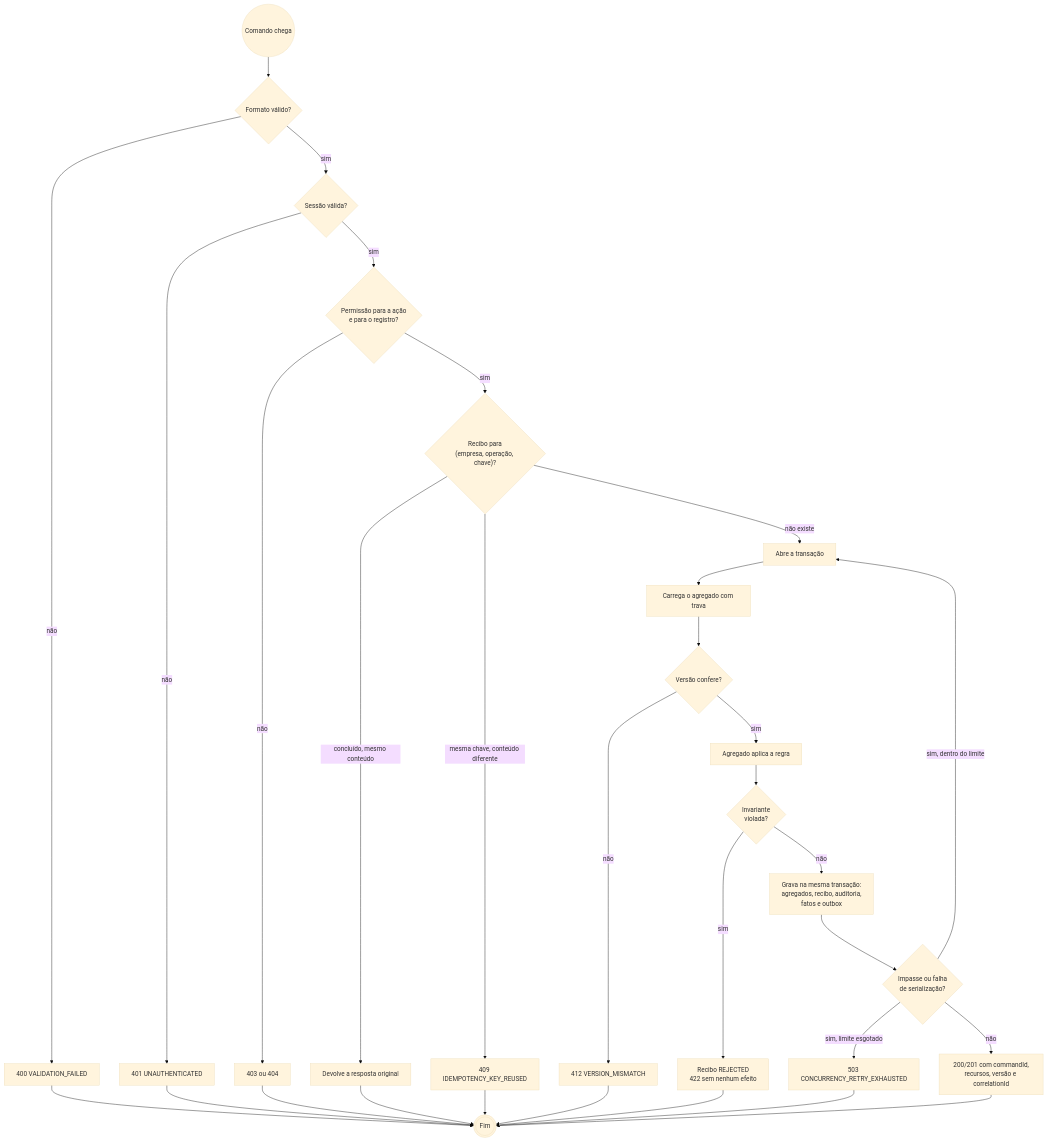
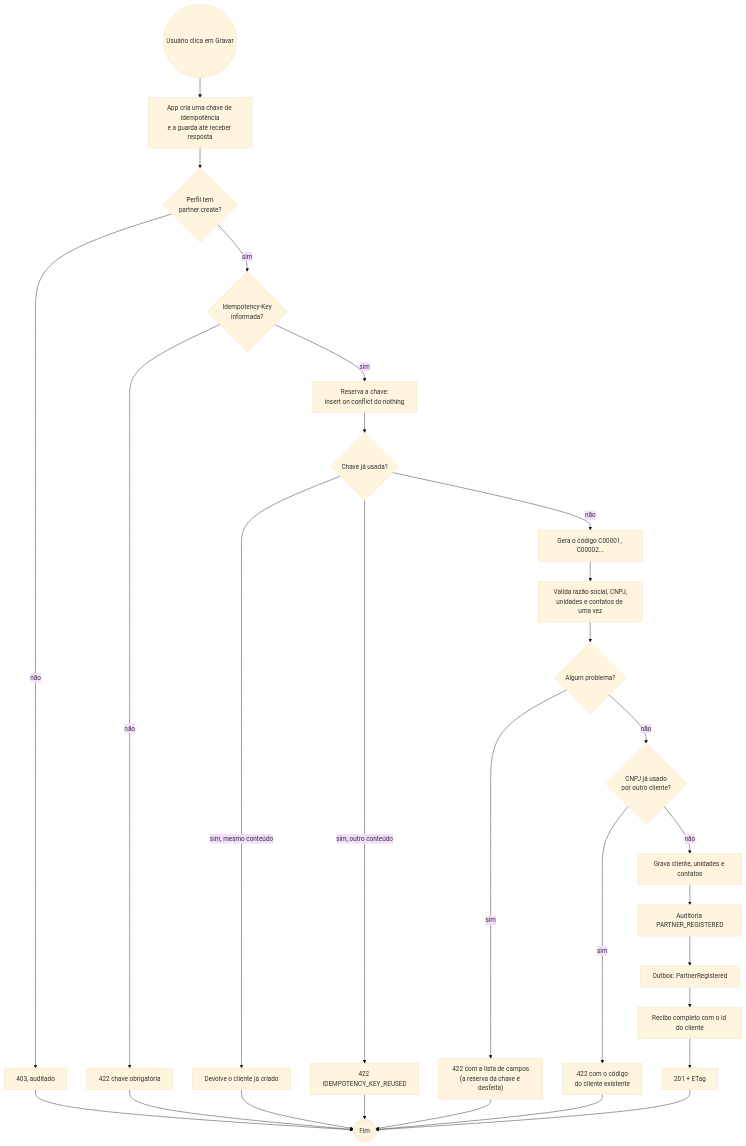
One commit to edsoncorralxxx-ui/ERP changed diagram 11 of 27 in docs/backend/18-diagramas-de-atividades-e-sequencias.md. Above: the diagram before and after it, drawn with Mermaid (base theme). The commit also changed other lines of this file and 8 other files, not shown here.

First line of the commit message:
Diagramas atualizados para a Sprint 2 e diagramas do sistema completo

````diff
--- a/docs/backend/18-diagramas-de-atividades-e-sequencias.md
+++ b/docs/backend/18-diagramas-de-atividades-e-sequencias.md
@@ -171,24 +276,23 @@
 ```mermaid
 flowchart TD
-    A((Comando chega)) --> B{"Formato válido?"}
-    B -- não --> E400["400 VALIDATION_FAILED"] --> Z(((Fim)))
-    B -- sim --> C{"Sessão válida?"}
-    C -- não --> E401["401 UNAUTHENTICATED"] --> Z
-    C -- sim --> D{"Permissão para a ação<br/>e para o registro?"}
-    D -- não --> E403["403 ou 404"] --> Z
-    D -- sim --> R{"Recibo para<br/>(empresa, operação, chave)?"}
-    R -- "concluído, mesmo conteúdo" --> ORIG["Devolve a resposta original"] --> Z
-    R -- "mesma chave, conteúdo diferente" --> E409["409 IDEMPOTENCY_KEY_REUSED"] --> Z
-    R -- não existe --> T["Abre a transação"]
-    T --> LK["Carrega o agregado com trava"]
-    LK --> VS{"Versão confere?"}
-    VS -- não --> E412["412 VERSION_MISMATCH"] --> Z
-    VS -- sim --> RG["Agregado aplica a regra"]
-    RG --> INV{"Invariante<br/>violada?"}
-    INV -- sim --> REJ["Recibo REJECTED<br/>422 sem nenhum efeito"] --> Z
-    INV -- não --> GR["Grava na mesma transação:<br/>agregados, recibo, auditoria,<br/>fatos e outbox"]
-    GR --> DL{"Impasse ou falha<br/>de serialização?"}
-    DL -- "sim, dentro do limite" --> T
-    DL -- "sim, limite esgotado" --> E503["503 CONCURRENCY_RETRY_EXHAUSTED"] --> Z
-    DL -- não --> OK["200/201 com commandId,<br/>recursos, versão e correlationId"] --> Z
+    A((Usuário clica em Gravar)) --> K["App cria uma chave de idempotência<br/>e a guarda até receber resposta"]
+    K --> PM{"Perfil tem<br/>partner.create?"}
+    PM -- não --> E403["403, auditado"] --> Z(((Fim)))
+    PM -- sim --> KE{"Idempotency-Key<br/>informada?"}
+    KE -- não --> E422k["422 chave obrigatória"] --> Z
+    KE -- sim --> CL["Reserva a chave:<br/>insert on conflict do nothing"]
+    CL --> JA{"Chave já usada?"}
+    JA -- "sim, mesmo conteúdo" --> MS["Devolve o cliente já criado"] --> Z
+    JA -- "sim, outro conteúdo" --> E422r["422 IDEMPOTENCY_KEY_REUSED"] --> Z
+    JA -- não --> CD["Gera o código C00001, C00002..."]
+    CD --> VL["Valida razão social, CNPJ,<br/>unidades e contatos de uma vez"]
+    VL --> IV{"Algum problema?"}
+    IV -- sim --> E422["422 com a lista de campos<br/>(a reserva da chave é desfeita)"] --> Z
+    IV -- não --> CN{"CNPJ já usado<br/>por outro cliente?"}
+    CN -- sim --> E422c["422 com o código<br/>do cliente existente"] --> Z
+    CN -- não --> INS["Grava cliente, unidades e contatos"]
+    INS --> AU["Auditoria PARTNER_REGISTERED"]
+    AU --> OB["Outbox: PartnerRegistered"]
+    OB --> CP["Recibo completo com o id do cliente"]
+    CP --> OK["201 + ETag"] --> Z
 ```
````
